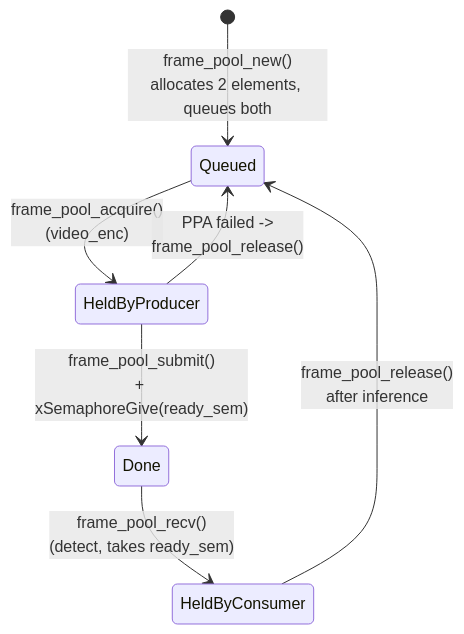
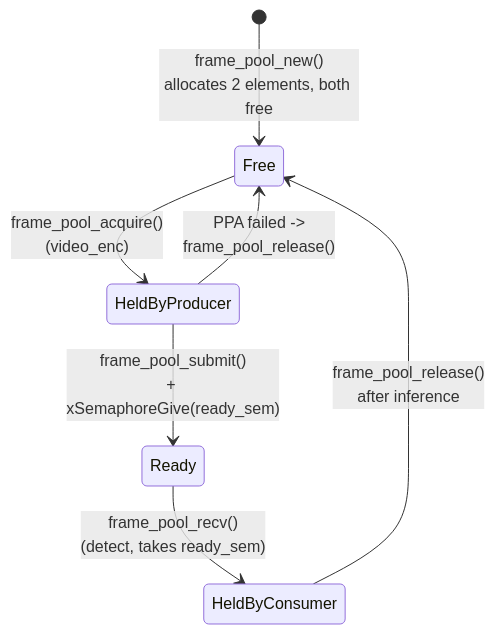
The third of 7 diagrams in DATAFLOW.md (thanhbinh89/esp32-ipc), drawn with Mermaid before and after one commit. The commit also changed other lines of this file and 4 other files, not shown here.

Commit message:
Refactor architecture and data flow documentation; update configuration for capture buffers and video encoding parameters

````diff
--- a/DATAFLOW.md
+++ b/DATAFLOW.md
@@ -167,9 +167,9 @@
 ```mermaid
 stateDiagram-v2
-    [*] --> Queued: frame_pool_new()<br/>allocates 2 elements, queues both
-    Queued --> HeldByProducer: frame_pool_acquire()<br/>(video_enc)
-    HeldByProducer --> Queued: PPA failed -><br/>frame_pool_release()
-    HeldByProducer --> Done: frame_pool_submit()<br/>+ xSemaphoreGive(ready_sem)
-    Done --> HeldByConsumer: frame_pool_recv()<br/>(detect, takes ready_sem)
-    HeldByConsumer --> Queued: frame_pool_release()<br/>after inference
+    [*] --> Free: frame_pool_new()<br/>allocates 2 elements, both free
+    Free --> HeldByProducer: frame_pool_acquire()<br/>(video_enc)
+    HeldByProducer --> Free: PPA failed -><br/>frame_pool_release()
+    HeldByProducer --> Ready: frame_pool_submit()<br/>+ xSemaphoreGive(ready_sem)
+    Ready --> HeldByConsumer: frame_pool_recv()<br/>(detect, takes ready_sem)
+    HeldByConsumer --> Free: frame_pool_release()<br/>after inference
 ```
````
